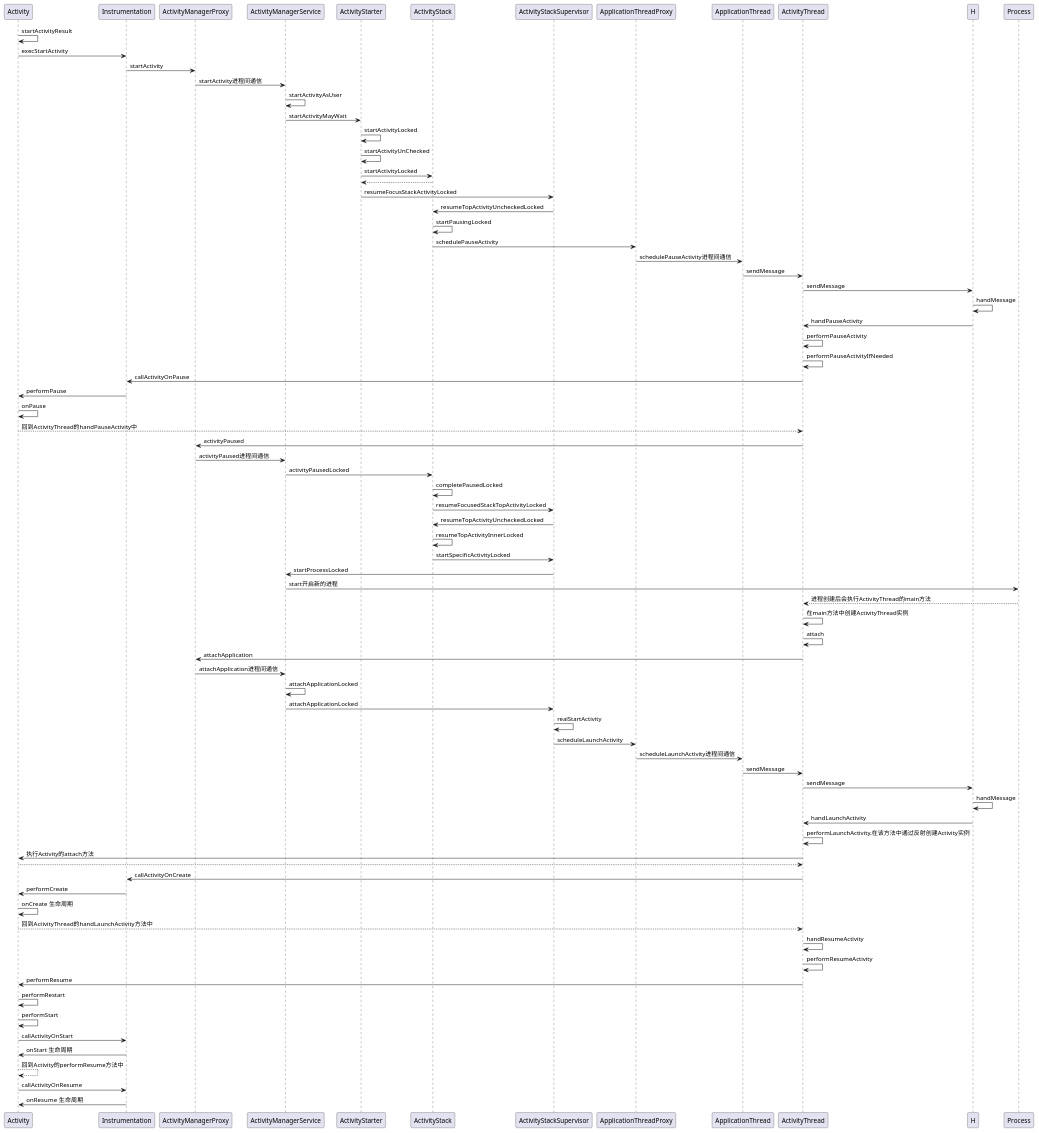
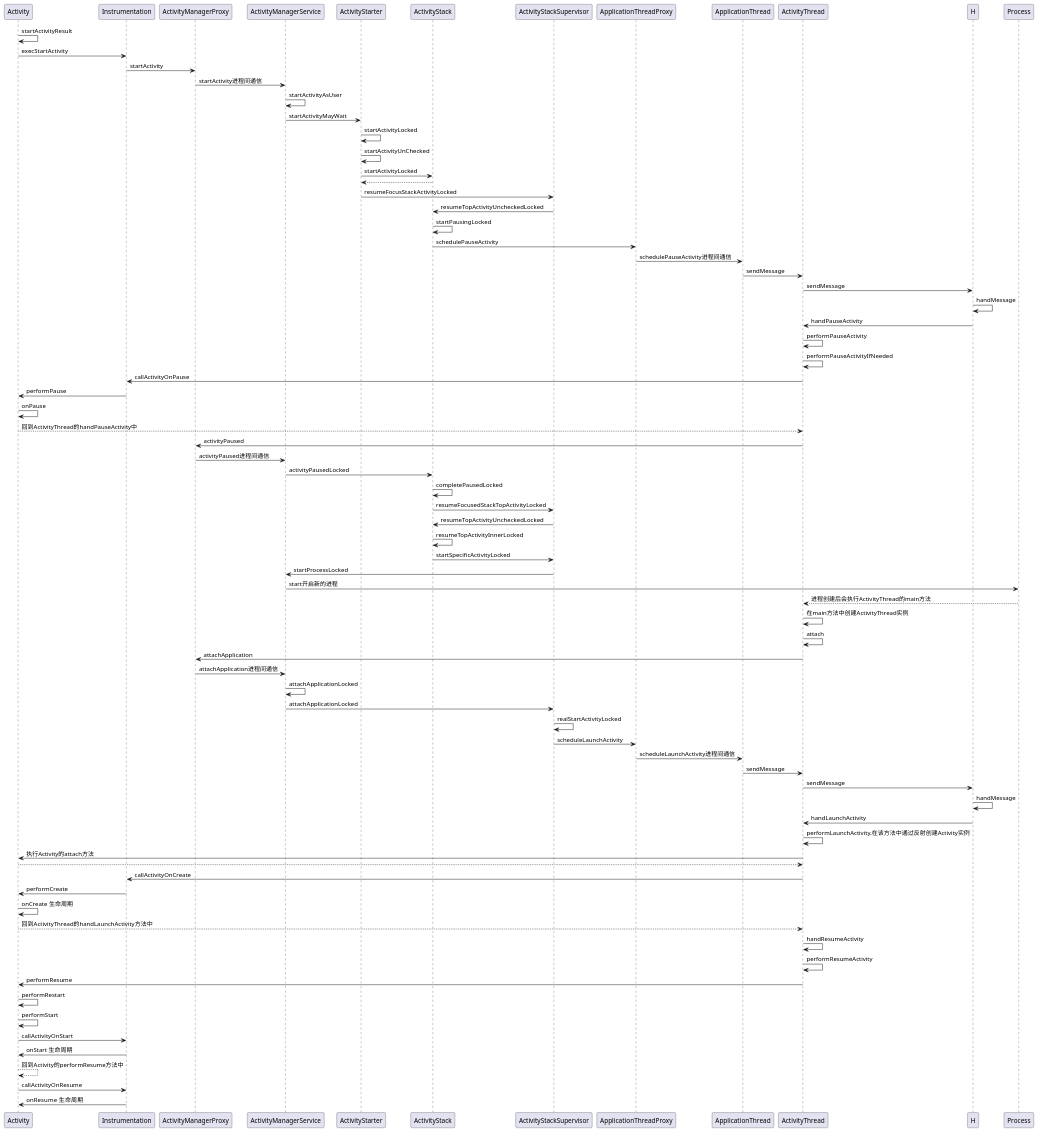
The diagram in 文档/Activity启动流程.puml (JaydenFu/SourceLearn), drawn with PlantUML before and after one commit.

Commit message:
Activity启动流程

```diff
--- a/文档/Activity启动流程.puml
+++ b/文档/Activity启动流程.puml
@@ -1,68 +1,68 @@
 @startuml
 Activity->Activity: startActivityResult
 Activity->Instrumentation:  execStartActivity
 Instrumentation->ActivityManagerProxy:  startActivity
 ActivityManagerProxy->ActivityManagerService:   startActivity进程间通信
 ActivityManagerService->ActivityManagerService: startActivityAsUser
 ActivityManagerService->ActivityStarter:    startActivityMayWait
 ActivityStarter->ActivityStarter:   startActivityLocked
 ActivityStarter->ActivityStarter:   startActivityUnChecked
 ActivityStarter->ActivityStack:     startActivityLocked
 ActivityStarter<--ActivityStack
 ActivityStarter->ActivityStackSupervisor:   resumeFocusStackActivityLocked
 ActivityStackSupervisor->ActivityStack:     resumeTopActivityUncheckedLocked
 ActivityStack->ActivityStack:   startPausingLocked
 ActivityStack->ApplicationThreadProxy:  schedulePauseActivity
 ApplicationThreadProxy->ApplicationThread:  schedulePauseActivity进程间通信
 ApplicationThread->ActivityThread:  sendMessage
 ActivityThread->H:  sendMessage
 H->H:   handMessage
 H->ActivityThread:  handPauseActivity
 ActivityThread->ActivityThread: performPauseActivity
 ActivityThread->ActivityThread: performPauseActivityIfNeeded
 ActivityThread->Instrumentation:    callActivityOnPause
 Instrumentation->Activity:  performPause
 Activity->Activity: onPause
 Activity-->ActivityThread:  回到ActivityThread的handPauseActivity中
 ActivityThread->ActivityManagerProxy:   activityPaused
 ActivityManagerProxy->ActivityManagerService:   activityPaused进程间通信
 ActivityManagerService->ActivityStack:  activityPausedLocked
 ActivityStack->ActivityStack:   completePausedLocked
 ActivityStack->ActivityStackSupervisor: resumeFocusedStackTopActivityLocked
 ActivityStackSupervisor->ActivityStack: resumeTopActivityUncheckedLocked
 ActivityStack->ActivityStack:   resumeTopActivityInnerLocked
 ActivityStack->ActivityStackSupervisor:     startSpecificActivityLocked
 ActivityStackSupervisor->ActivityManagerService:    startProcessLocked
 ActivityManagerService->Process:    start开启新的进程
 Process-->ActivityThread:   进程创建后会执行ActivityThread的main方法
 ActivityThread->ActivityThread: 在main方法中创建ActivityThread实例
 ActivityThread->ActivityThread: attach
 ActivityThread->ActivityManagerProxy:   attachApplication
 ActivityManagerProxy->ActivityManagerService:   attachApplication进程间通信
 ActivityManagerService->ActivityManagerService: attachApplicationLocked
 ActivityManagerService->ActivityStackSupervisor:    attachApplicationLocked
-ActivityStackSupervisor->ActivityStackSupervisor:   realStartActivity
+ActivityStackSupervisor->ActivityStackSupervisor:   realStartActivityLocked
 ActivityStackSupervisor->ApplicationThreadProxy:    scheduleLaunchActivity
 ApplicationThreadProxy->ApplicationThread:   scheduleLaunchActivity进程间通信
 ApplicationThread->ActivityThread:  sendMessage
 ActivityThread->H:  sendMessage
 H->H:   handMessage
 H->ActivityThread:  handLaunchActivity
 ActivityThread->ActivityThread: performLaunchActivity,在该方法中通过反射创建Activity实例
 ActivityThread->Activity:   执行Activity的attach方法
 Activity-->ActivityThread
 ActivityThread->Instrumentation:   callActivityOnCreate
 Instrumentation->Activity:  performCreate
 Activity->Activity: onCreate 生命周期
 Activity-->ActivityThread:回到ActivityThread的handLaunchActivity方法中
 ActivityThread->ActivityThread: handResumeActivity
 ActivityThread->ActivityThread: performResumeActivity
 ActivityThread->Activity:   performResume
 Activity->Activity: performRestart
 Activity->Activity: performStart
 Activity->Instrumentation:  callActivityOnStart
 Instrumentation->Activity:  onStart 生命周期
 Activity-->Activity: 回到Activity的performResume方法中
 Activity->Instrumentation: callActivityOnResume
 Instrumentation->Activity:  onResume  生命周期
 @enduml
```
